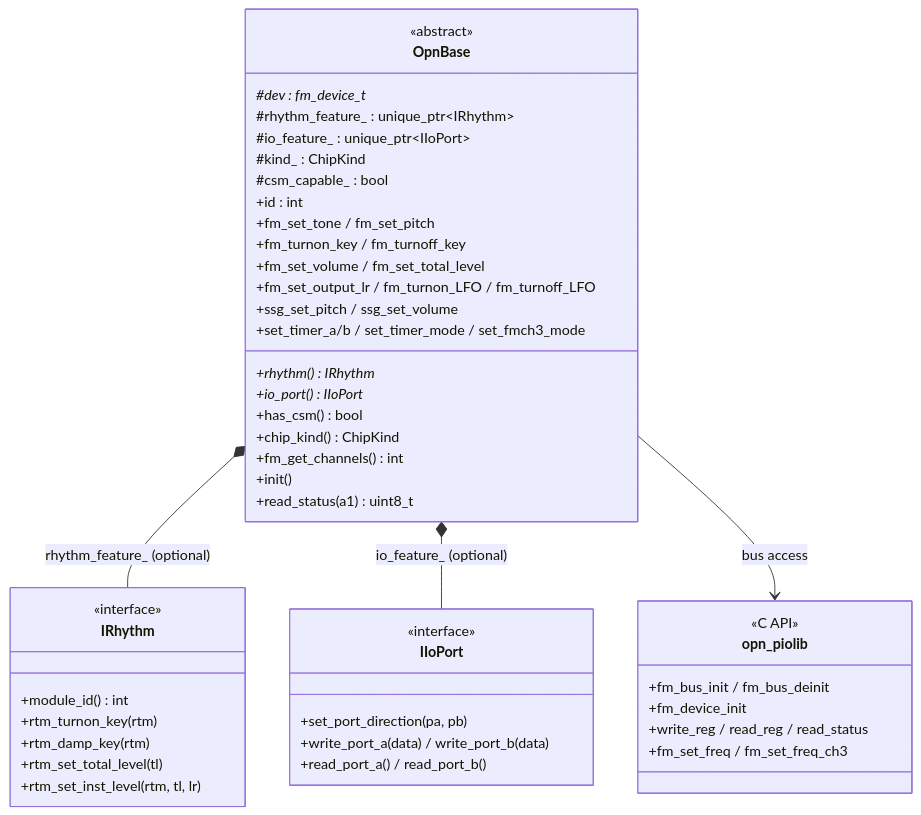
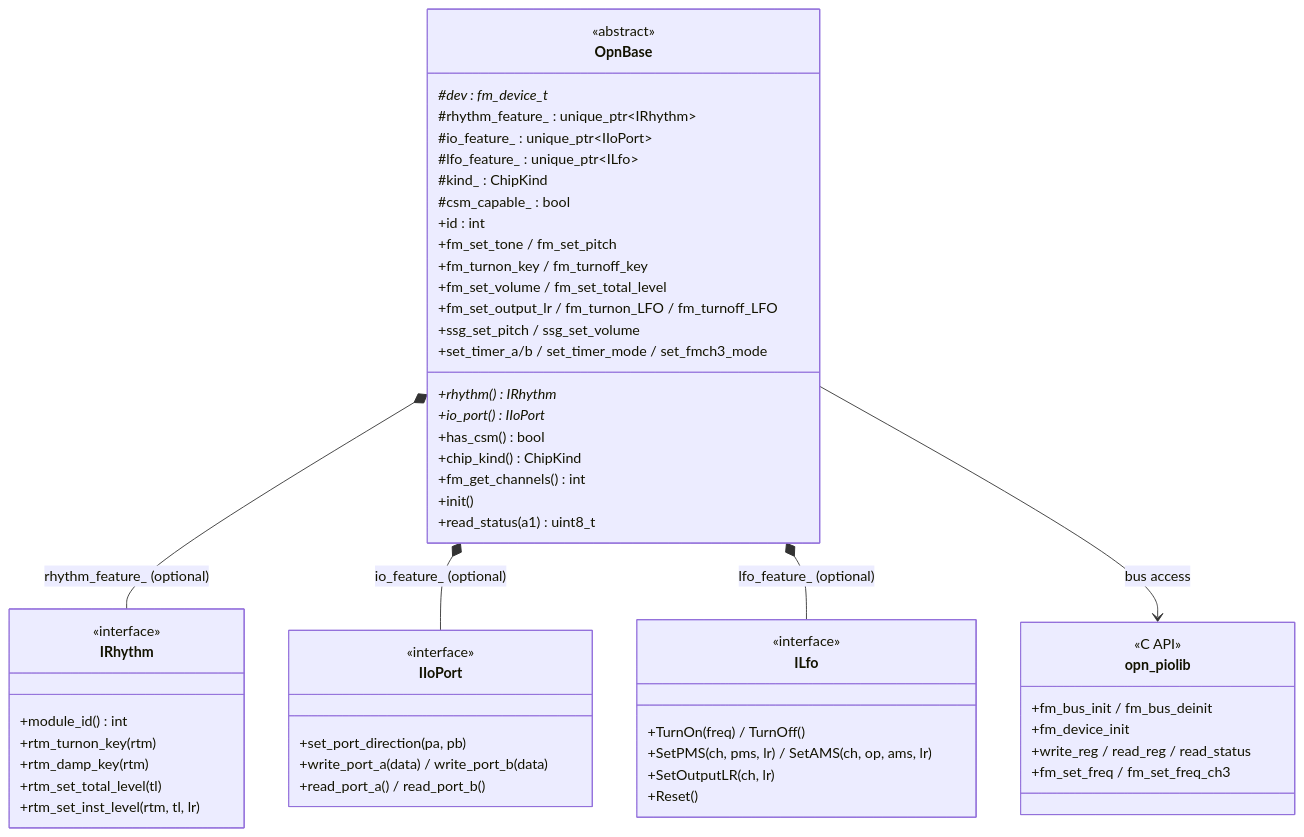
One commit to 46nori/FMSynthEnsembleV3 changed the first of 5 diagrams in doc/domain/domain_drivers.md. Above: the diagram before and after it, drawn with Mermaid. The commit also changed other lines of this file and 42 other files, not shown here.

````diff
--- a/doc/domain/domain_drivers.md
+++ b/doc/domain/domain_drivers.md
@@ -11,53 +11,63 @@
 ```mermaid
 classDiagram
     class OpnBase {
         <<abstract>>
         #dev : fm_device_t*
         #rhythm_feature_ : unique_ptr~IRhythm~
         #io_feature_ : unique_ptr~IIoPort~
+        #lfo_feature_ : unique_ptr~ILfo~
         #kind_ : ChipKind
         #csm_capable_ : bool
         +id : int
         +rhythm() IRhythm*
         +io_port() IIoPort*
         +has_csm() bool
         +chip_kind() ChipKind
         +fm_get_channels() int
         +init()
         +fm_set_tone / fm_set_pitch
         +fm_turnon_key / fm_turnoff_key
         +fm_set_volume / fm_set_total_level
         +fm_set_output_lr / fm_turnon_LFO / fm_turnoff_LFO
         +ssg_set_pitch / ssg_set_volume
         +set_timer_a/b / set_timer_mode / set_fmch3_mode
         +read_status(a1) uint8_t
     }
 
     class IRhythm {
         <<interface>>
         +module_id() int
         +rtm_turnon_key(rtm)
         +rtm_damp_key(rtm)
         +rtm_set_total_level(tl)
         +rtm_set_inst_level(rtm, tl, lr)
     }
 
     class IIoPort {
         <<interface>>
         +set_port_direction(pa, pb)
         +write_port_a(data) / write_port_b(data)
         +read_port_a() / read_port_b()
     }
 
+    class ILfo {
+        <<interface>>
+        +TurnOn(freq) / TurnOff()
+        +SetPMS(ch, pms, lr) / SetAMS(ch, op, ams, lr)
+        +SetOutputLR(ch, lr)
+        +Reset()
+    }
+
     class opn_piolib {
         <<C API>>
         +fm_bus_init / fm_bus_deinit
         +fm_device_init
         +write_reg / read_reg / read_status
         +fm_set_freq / fm_set_freq_ch3
     }
 
     OpnBase *-- IRhythm : rhythm_feature_ (optional)
     OpnBase *-- IIoPort : io_feature_ (optional)
+    OpnBase *-- ILfo : lfo_feature_ (optional)
     OpnBase --> opn_piolib : bus access
 ```
````
